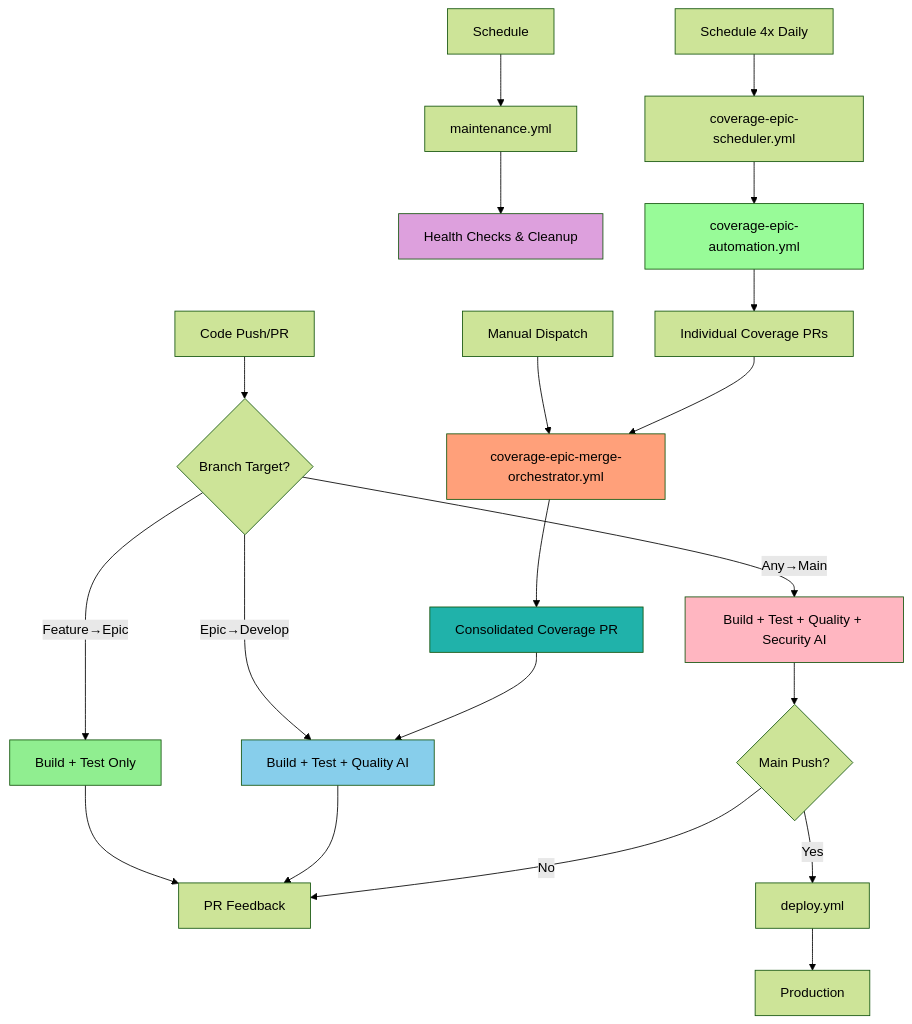
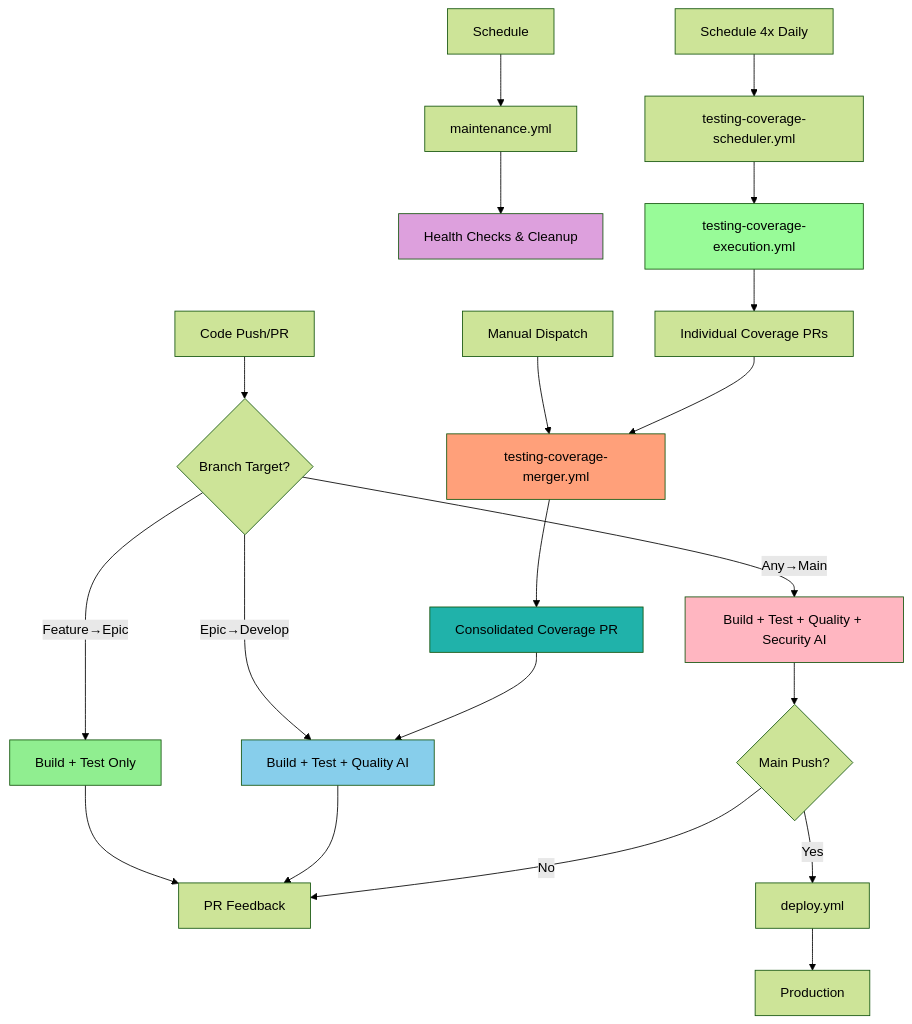
Before and after one commit to Zarichney-Development/zarichney-api: the diagram in .github/workflows/README.md, drawn with Mermaid (forest theme). The commit also changed other lines of this file and 273 other files, not shown here.

Commit message:
feat(ci,docs): rebrand coverage ecosystem to testing coverage; fix scheduler step refs and prompt link (#233)

````diff
--- a/.github/workflows/README.md
+++ b/.github/workflows/README.md
@@ -57,37 +57,37 @@
 ```mermaid
 graph TD
     A[Code Push/PR] --> B{Branch Target?}
-    
+
     B -->|Feature→Epic| C[Build + Test Only]
     B -->|Epic→Develop| D[Build + Test + Quality AI]
     B -->|Any→Main| E[Build + Test + Quality + Security AI]
-    
+
     C --> F[PR Feedback]
     D --> F
     E --> G{Main Push?}
-    
+
     G -->|Yes| H[deploy.yml]
     G -->|No| F
-    
+
     H --> I[Production]
-    
+
     J[Schedule] --> K[maintenance.yml]
     K --> L[Health Checks & Cleanup]
-    
-    M[Schedule 4x Daily] --> N[coverage-epic-scheduler.yml]
-    N --> O[coverage-epic-automation.yml]
+
+    M[Schedule 4x Daily] --> N[testing-coverage-scheduler.yml]
+    N --> O[testing-coverage-execution.yml]
     O --> P[Individual Coverage PRs]
-    
-    Q[Manual Dispatch] --> R[coverage-epic-merge-orchestrator.yml]
+
+    Q[Manual Dispatch] --> R[testing-coverage-merger.yml]
     P --> R
     R --> S[Consolidated Coverage PR]
     S --> D
-    
+
     style C fill:#90EE90
     style D fill:#87CEEB
     style E fill:#FFB6C1
     style L fill:#DDA0DD
     style O fill:#98FB98
     style R fill:#FFA07A
     style S fill:#20B2AA
 ```
````
